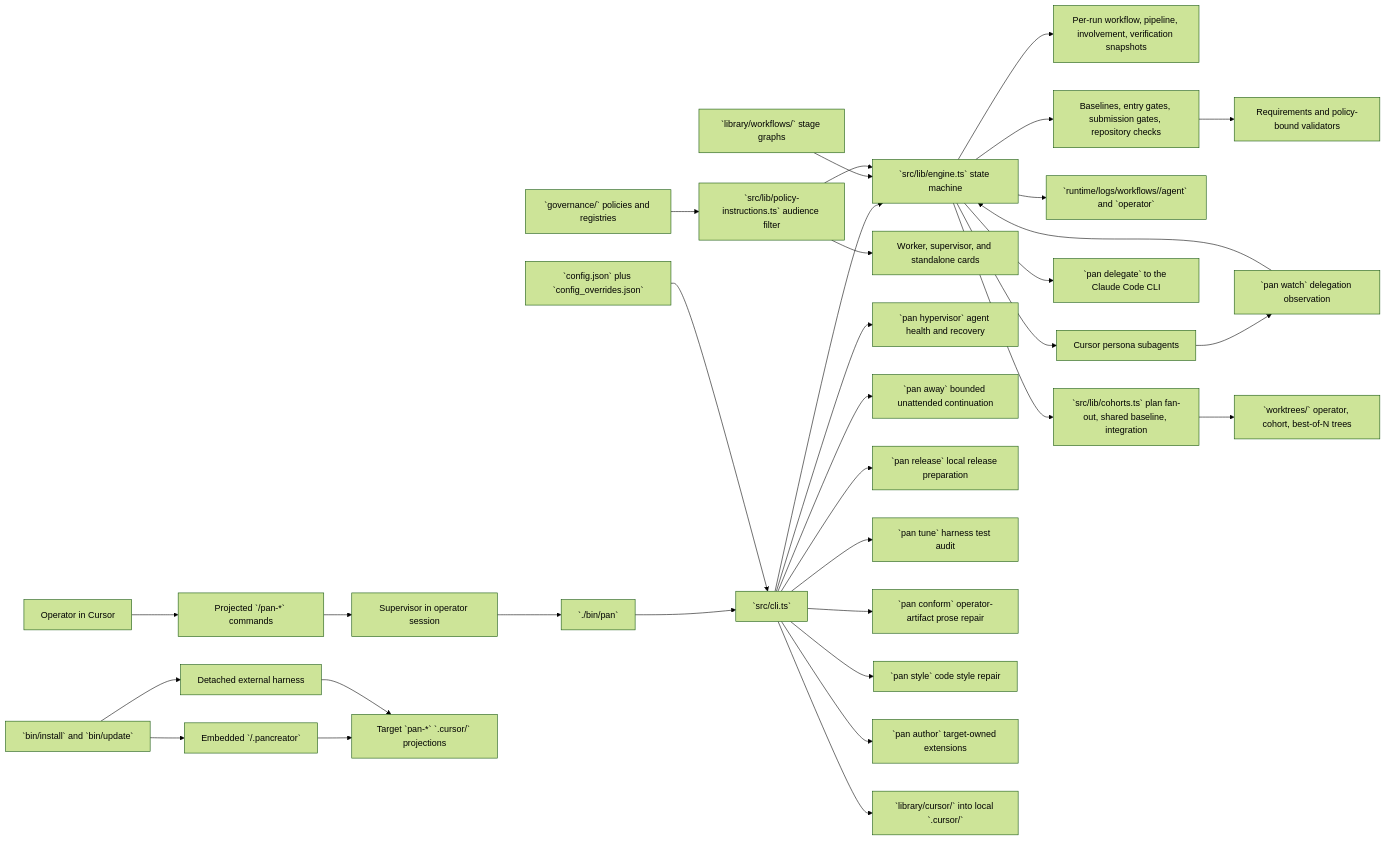
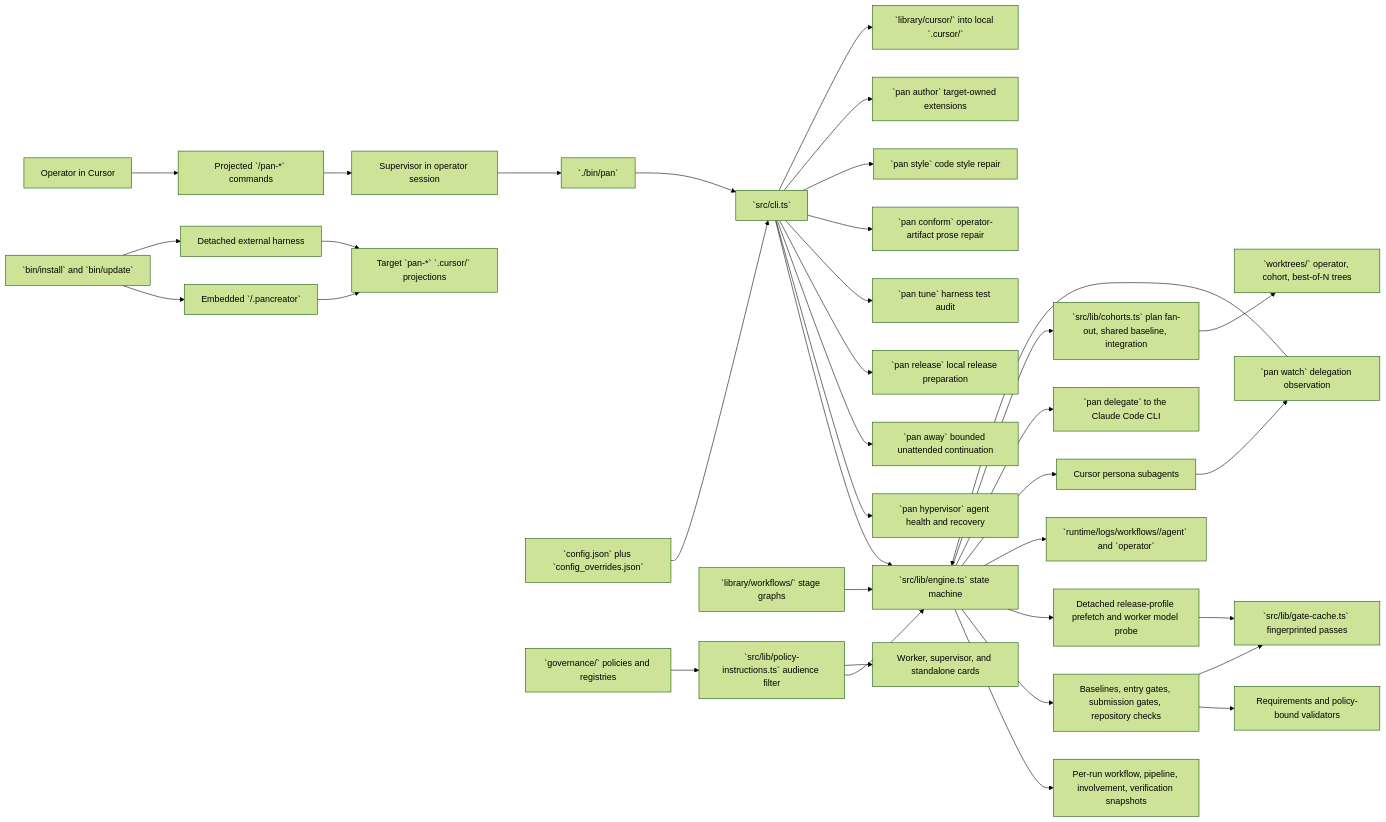
The diagram in docs/target-repo-primer.md (alenlukic/pancreator), drawn with Mermaid (forest theme) before and after one commit. The commit also changed other lines of this file and 15 other files, not shown here.

First line of the commit message:
release: v5.22.1 Rebuild the target repository primer after the 5.22.0 release (primer, 7ad2f7a1)

````diff
--- a/docs/target-repo-primer.md
+++ b/docs/target-repo-primer.md
@@ -76,35 +79,38 @@
 ```mermaid
 flowchart LR
   Operator[Operator in Cursor] --> Commands[Projected `/pan-*` commands]
   Commands --> Supervisor[Supervisor in operator session]
   Supervisor --> Pan[`./bin/pan`]
   Pan --> CLI[`src/cli.ts`]
   CLI --> Engine[`src/lib/engine.ts` state machine]
   Config[`config.json` plus `config_overrides.json`] --> CLI
   Workflows[`library/workflows/` stage graphs] --> Engine
   Governance[`governance/` policies and registries] --> Audience[`src/lib/policy-instructions.ts` audience filter]
   Audience --> Engine
   Audience --> Cards[Worker, supervisor, and standalone cards]
   Engine --> Snapshots[Per-run workflow, pipeline, involvement, verification snapshots]
   Engine --> Gates[Baselines, entry gates, submission gates, repository checks]
   Gates --> Requirements[Requirements and policy-bound validators]
+  Gates --> GateCache[`src/lib/gate-cache.ts` fingerprinted passes]
+  Engine --> Detached[Detached release-profile prefetch and worker model probe]
+  Detached --> GateCache
   Engine --> Runtime[`runtime/logs/workflows/<run-id>/agent` and `operator`]
   Engine --> CursorWorkers[Cursor persona subagents]
   Engine --> External[`pan delegate` to the Claude Code CLI]
   CursorWorkers --> Watch[`pan watch` delegation observation]
   Watch --> Engine
   Engine --> Cohorts[`src/lib/cohorts.ts` plan fan-out, shared baseline, integration]
   Cohorts --> Worktrees[`worktrees/` operator, cohort, best-of-N trees]
   CLI --> Hypervisor[`pan hypervisor` agent health and recovery]
   CLI --> Away[`pan away` bounded unattended continuation]
   CLI --> Release[`pan release` local release preparation]
   CLI --> Tune[`pan tune` harness test audit]
   CLI --> Conform[`pan conform` operator-artifact prose repair]
   CLI --> Style[`pan style` code style repair]
   CLI --> Author[`pan author` target-owned extensions]
   CLI --> Projection[`library/cursor/` into local `.cursor/`]
   Installer[`bin/install` and `bin/update`] --> Embedded[Embedded `<target>/.pancreator`]
-  Installer --> Detached[Detached external harness]
+  Installer --> DetachedInstall[Detached external harness]
   Embedded --> TargetCursor[Target `pan-*` `.cursor/` projections]
-  Detached --> TargetCursor
+  DetachedInstall --> TargetCursor
 ```
````
